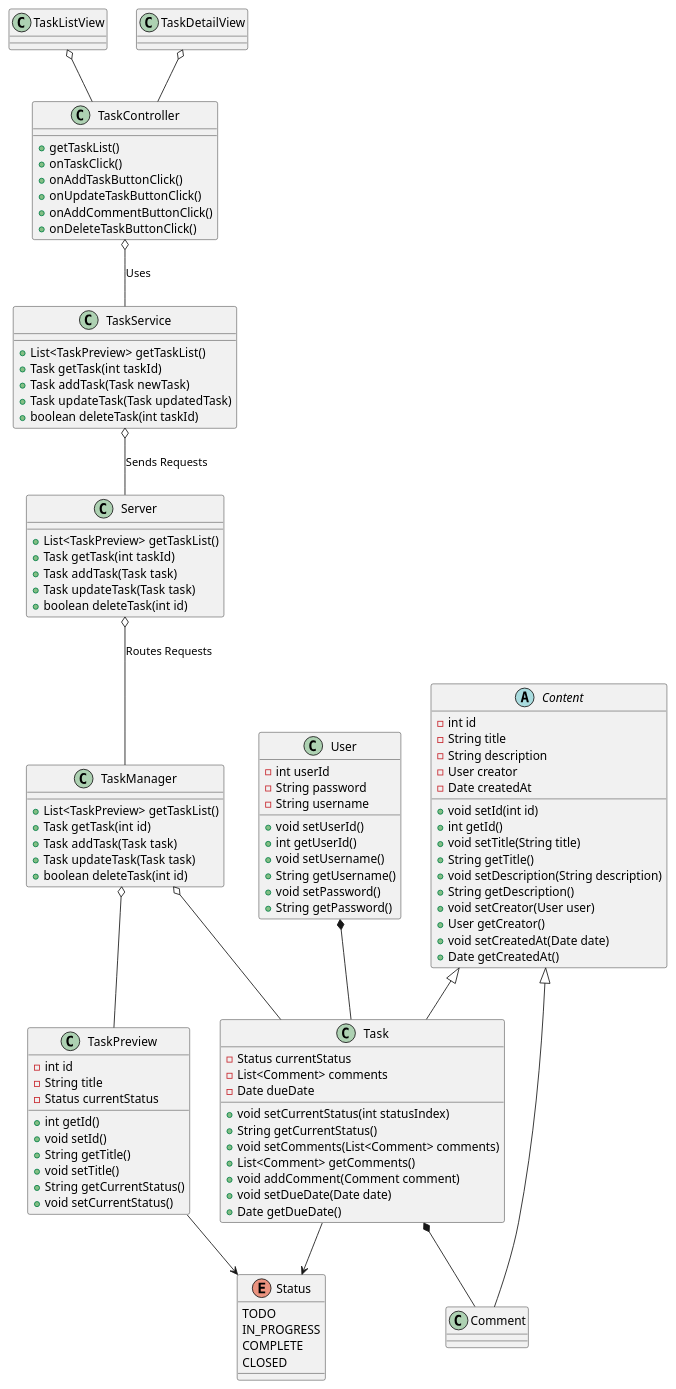
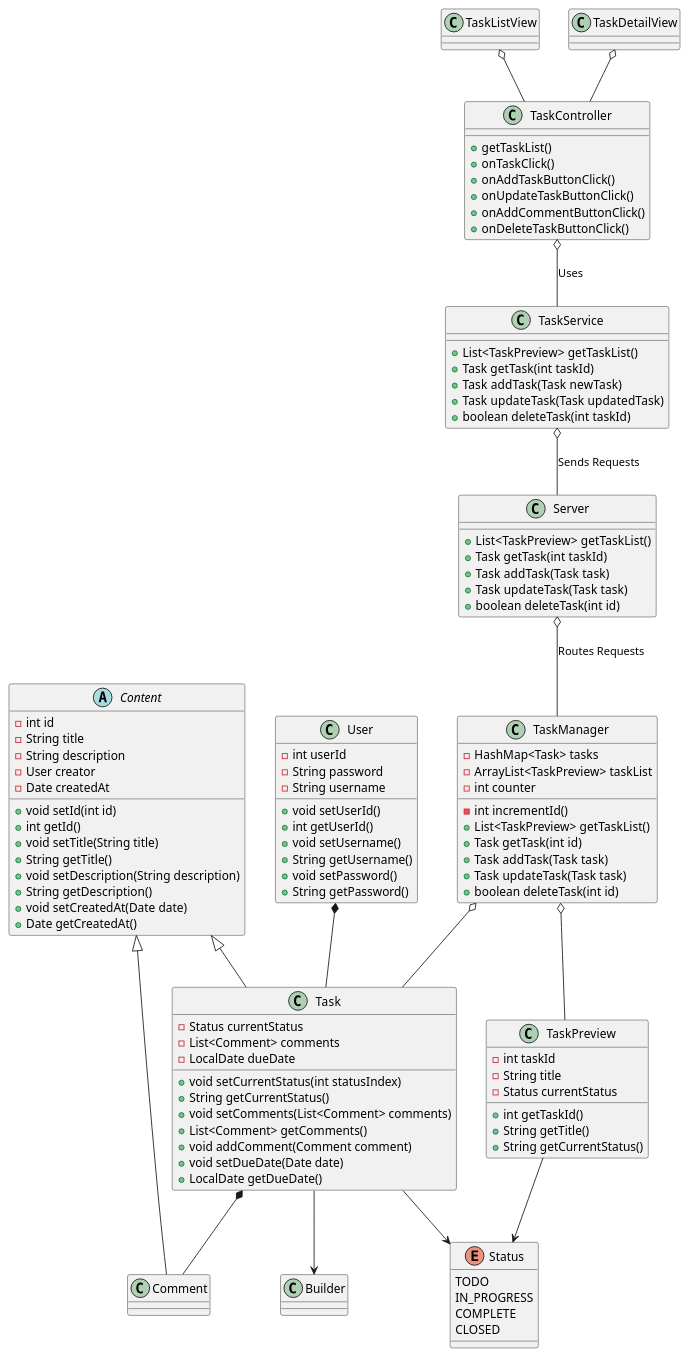
Before and after one commit to dalibran/javafinalp1: the diagram in uml/class.puml, drawn with PlantUML. The commit also changed 7 other files, not shown here.

First line of the commit message:
Big changes are adding client/server functionality for getting and deleting tasks. Also fixed this annoying bug with duplicate tasks appearing in the taskList. Some other small changes, and I updated the UML design as well.

```diff
--- a/uml/class.puml
+++ b/uml/class.puml
@@ -1,122 +1,125 @@
 @startuml
 'https://plantuml.com/class-diagram
 
 abstract class Content {
     - int id
     - String title
     - String description
     - User creator
     - Date createdAt
     + void setId(int id)
     + int getId()
     + void setTitle(String title)
     + String getTitle()
     + void setDescription(String description)
     + String getDescription()
-    + void setCreator(User user)
-    + User getCreator()
     + void setCreatedAt(Date date)
     + Date getCreatedAt()
 }
 
 enum Status {
     TODO
     IN_PROGRESS
     COMPLETE
     CLOSED
 }
 
 class Task {
     - Status currentStatus
     - List<Comment> comments
-    - Date dueDate
+    - LocalDate dueDate
     + void setCurrentStatus(int statusIndex)
     + String getCurrentStatus()
     + void setComments(List<Comment> comments)
     + List<Comment> getComments()
     + void addComment(Comment comment)
     + void setDueDate(Date date)
-    + Date getDueDate()
+    + LocalDate getDueDate()
+}
+
+class Builder {
 }
 
 class TaskPreview {
-    - int id
+    - int taskId
     - String title
     - Status currentStatus
-    + int getId()
-    + void setId()
+    + int getTaskId()
     + String getTitle()
-    + void setTitle()
     + String getCurrentStatus()
-    + void setCurrentStatus()
 }
 
 class Comment {
 }
 
 class User {
     - int userId
     - String password
     - String username
     + void setUserId()
     + int getUserId()
     + void setUsername()
     + String getUsername()
     + void setPassword()
     + String getPassword()
 }
 
 class TaskController {
     + getTaskList()
     + onTaskClick()
     + onAddTaskButtonClick()
     + onUpdateTaskButtonClick()
     + onAddCommentButtonClick()
     + onDeleteTaskButtonClick()
 }
 
 class TaskService {
     + List<TaskPreview> getTaskList()
     + Task getTask(int taskId)
     + Task addTask(Task newTask)
     + Task updateTask(Task updatedTask)
     + boolean deleteTask(int taskId)
 }
 
 class Server {
     + List<TaskPreview> getTaskList()
     + Task getTask(int taskId)
     + Task addTask(Task task)
     + Task updateTask(Task task)
     + boolean deleteTask(int id)
 }
 
 class TaskManager {
+    - HashMap<Task> tasks
+    - ArrayList<TaskPreview> taskList
+    - int counter
+    - int incrementId()
     + List<TaskPreview> getTaskList()
     + Task getTask(int id)
     + Task addTask(Task task)
     + Task updateTask(Task task)
     + boolean deleteTask(int id)
 }
 
 class TaskListView {
 }
 
 class TaskDetailView {
 }
 
 Content <|-- Task
 Content <|-- Comment
 Task *-- Comment
 User *-- Task
 TaskManager o-- Task
 TaskManager o-- TaskPreview
 TaskController o-- TaskService: Uses
 Task --> Status
+Task --> Builder
 TaskPreview --> Status
 TaskListView o-- TaskController
 TaskDetailView o-- TaskController
 TaskService o-- Server: Sends Requests
 Server o-- TaskManager: Routes Requests
 
 @enduml
```
